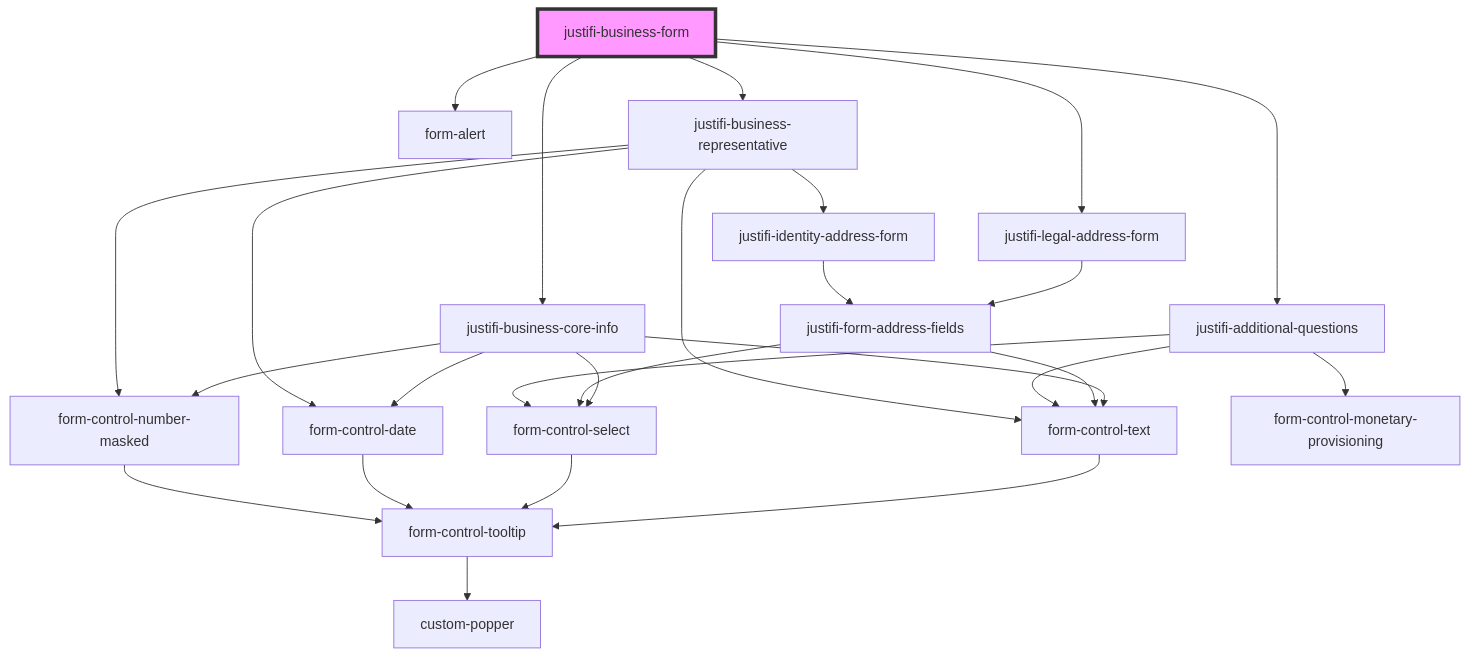
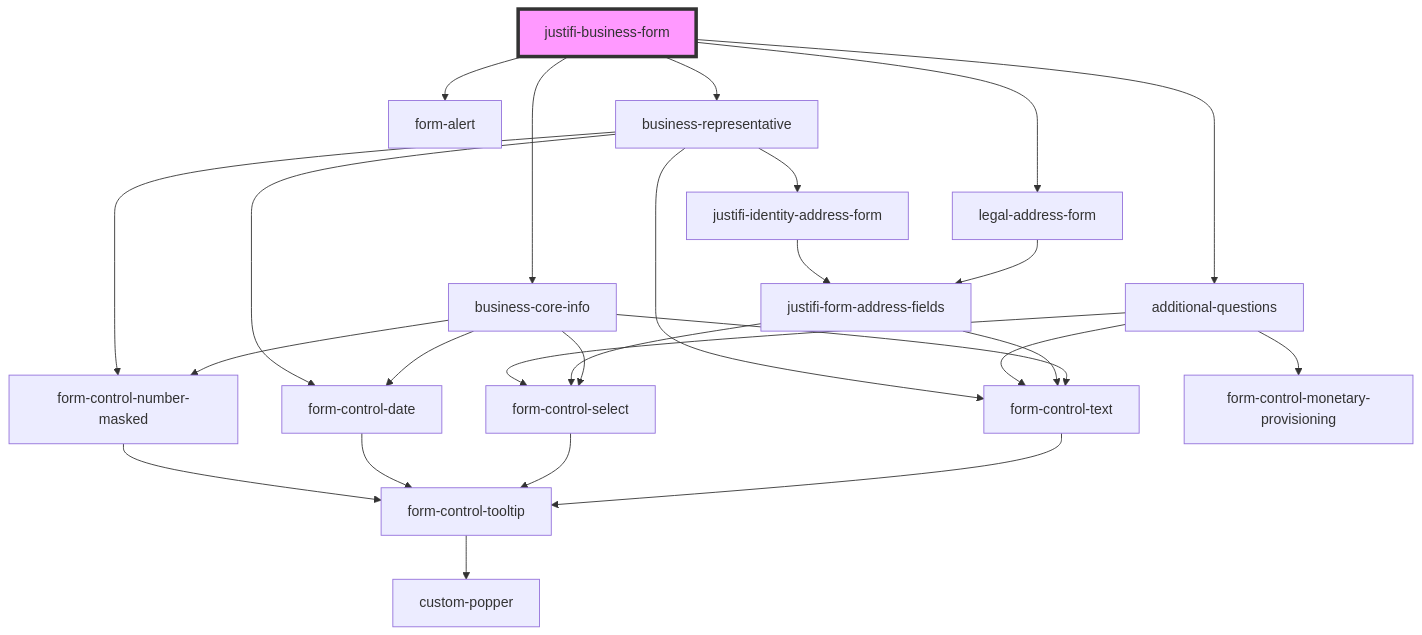
Before and after one commit to justifi-tech/web-component-library: the diagram in packages/webcomponents/src/components/business-forms/business-form/readme.md, drawn with Mermaid. The commit also changed other lines of this file and 14 other files, not shown here.

First line of the commit message:
Refactor business forms components to remove 'Justifi' prefix

````diff
--- a/packages/webcomponents/src/components/business-forms/business-form/readme.md
+++ b/packages/webcomponents/src/components/business-forms/business-form/readme.md
@@ -39,29 +39,29 @@
 ```mermaid
 graph TD;
   justifi-business-form --> form-alert
-  justifi-business-form --> justifi-business-core-info
-  justifi-business-form --> justifi-legal-address-form
-  justifi-business-form --> justifi-additional-questions
-  justifi-business-form --> justifi-business-representative
-  justifi-business-core-info --> form-control-text
-  justifi-business-core-info --> form-control-select
-  justifi-business-core-info --> form-control-date
-  justifi-business-core-info --> form-control-number-masked
+  justifi-business-form --> business-core-info
+  justifi-business-form --> legal-address-form
+  justifi-business-form --> additional-questions
+  justifi-business-form --> business-representative
+  business-core-info --> form-control-text
+  business-core-info --> form-control-select
+  business-core-info --> form-control-date
+  business-core-info --> form-control-number-masked
   form-control-text --> form-control-tooltip
   form-control-tooltip --> custom-popper
   form-control-select --> form-control-tooltip
   form-control-date --> form-control-tooltip
   form-control-number-masked --> form-control-tooltip
-  justifi-legal-address-form --> justifi-form-address-fields
+  legal-address-form --> justifi-form-address-fields
   justifi-form-address-fields --> form-control-text
   justifi-form-address-fields --> form-control-select
-  justifi-additional-questions --> form-control-monetary-provisioning
-  justifi-additional-questions --> form-control-select
-  justifi-additional-questions --> form-control-text
-  justifi-business-representative --> form-control-text
-  justifi-business-representative --> form-control-number-masked
-  justifi-business-representative --> form-control-date
-  justifi-business-representative --> justifi-identity-address-form
+  additional-questions --> form-control-monetary-provisioning
+  additional-questions --> form-control-select
+  additional-questions --> form-control-text
+  business-representative --> form-control-text
+  business-representative --> form-control-number-masked
+  business-representative --> form-control-date
+  business-representative --> justifi-identity-address-form
   justifi-identity-address-form --> justifi-form-address-fields
   style justifi-business-form fill:#f9f,stroke:#333,stroke-width:4px
 ```
````
